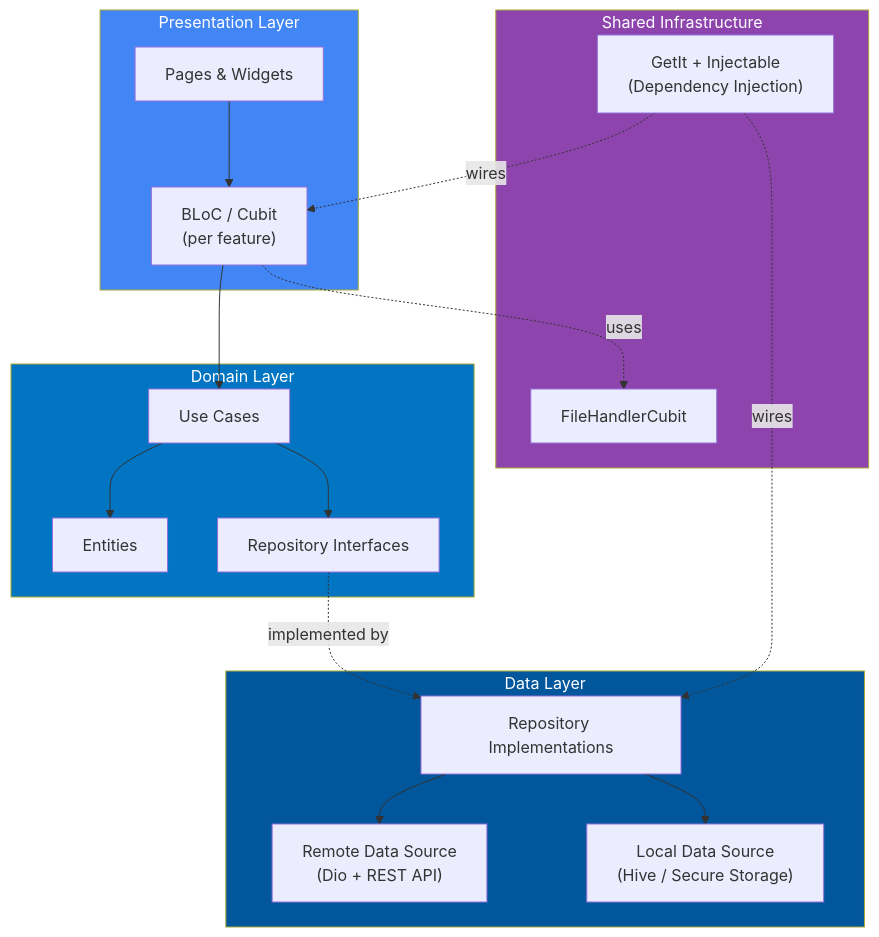
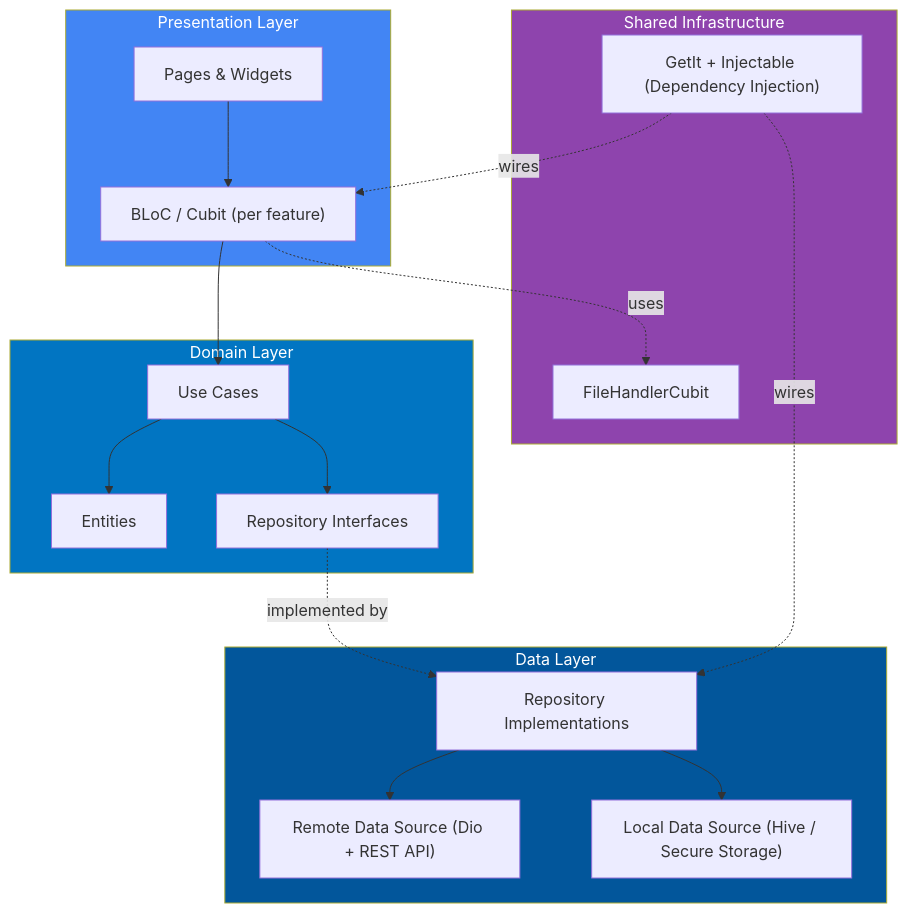
The first of 2 diagrams in README.md (Emo2003/chefaa), drawn with Mermaid before and after one commit. The commit also changed other lines of this file, not shown here.

````diff
--- a/README.md
+++ b/README.md
@@ -166,40 +155,40 @@
 ```mermaid
 graph TB
-    subgraph Presentation[" Presentation Layer"]
+    subgraph Presentation["Presentation Layer"]
         UI[Pages & Widgets]
-        Cubit["BLoC / Cubit<br/>(per feature)"]
+        Cubit["BLoC / Cubit (per feature)"]
     end
 
-    subgraph Domain[" Domain Layer"]
+    subgraph Domain["Domain Layer"]
         UseCase[Use Cases]
         Entity[Entities]
         Repo_I[Repository Interfaces]
     end
 
-    subgraph Data[" Data Layer"]
+    subgraph Data["Data Layer"]
         Repo_Impl[Repository Implementations]
-        Remote["Remote Data Source<br/>(Dio + REST API)"]
-        Local["Local Data Source<br/>(Hive / Secure Storage)"]
+        Remote["Remote Data Source (Dio + REST API)"]
+        Local["Local Data Source (Hive / Secure Storage)"]
     end
 
-    subgraph Shared[" Shared Infrastructure"]
+    subgraph Shared["Shared Infrastructure"]
         FileHandler[FileHandlerCubit]
-        DI["GetIt + Injectable<br/>(Dependency Injection)"]
+        DI["GetIt + Injectable (Dependency Injection)"]
     end
 
     UI --> Cubit
     Cubit --> UseCase
     UseCase --> Entity
     UseCase --> Repo_I
     Repo_I -.implemented by.-> Repo_Impl
     Repo_Impl --> Remote
     Repo_Impl --> Local
     Cubit -.uses.-> FileHandler
     DI -.wires.-> Cubit
     DI -.wires.-> Repo_Impl
 
     style Presentation fill:#4285F4,color:#fff
     style Domain fill:#0175C2,color:#fff
     style Data fill:#02569B,color:#fff
     style Shared fill:#8E44AD,color:#fff
 ```
````
